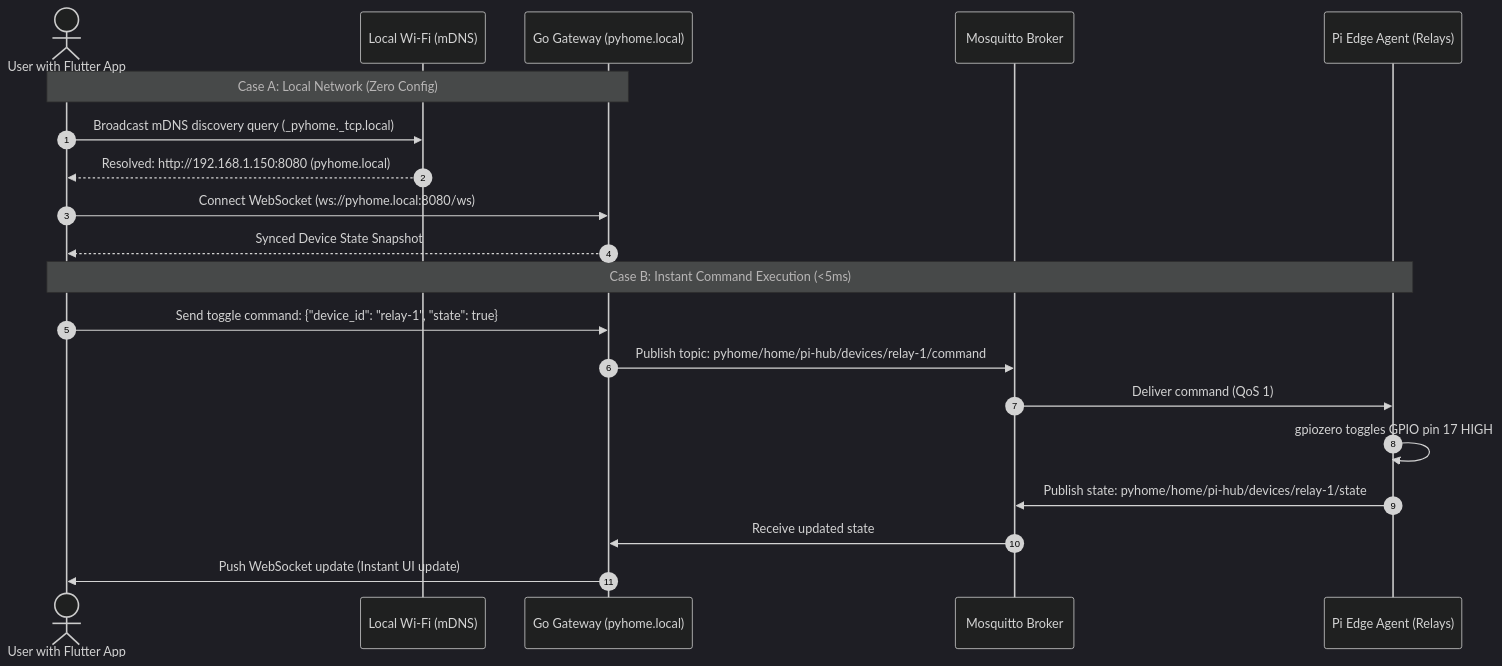
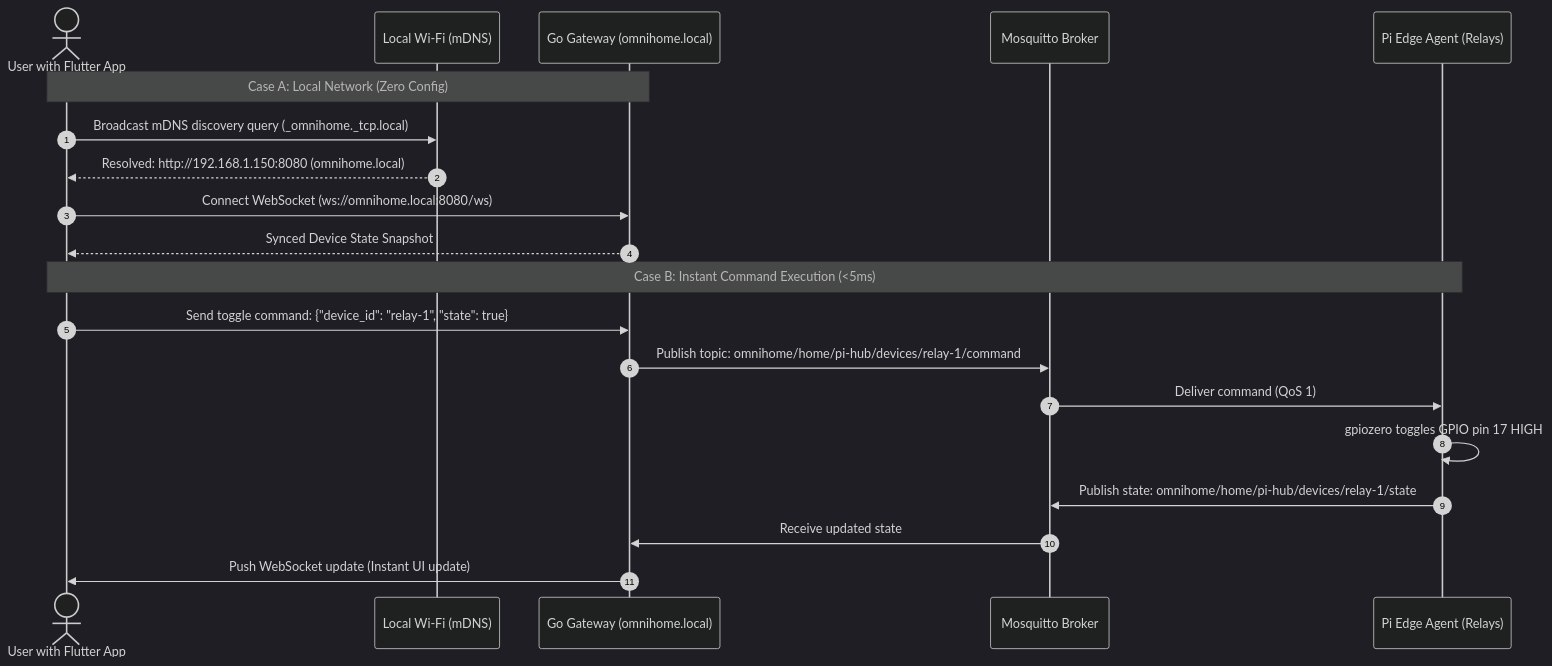
One commit to starfreck/Py-Home-Automation changed the second of 3 diagrams in README.md. Above: the diagram before and after it, drawn with Mermaid (dark theme). The commit also changed other lines of this file and 9 other files, not shown here.

Commit message:
feat: rename project to OmniHome across UI, gateway, AI engine, and docs

````diff
--- a/README.md
+++ b/README.md
@@ -103,24 +103,24 @@
 ```mermaid
 sequenceDiagram
     autonumber
     actor User as User with Flutter App
     participant LAN as Local Wi-Fi (mDNS)
-    participant GW as Go Gateway (pyhome.local)
+    participant GW as Go Gateway (omnihome.local)
     participant MQTT as Mosquitto Broker
     participant Edge as Pi Edge Agent (Relays)
 
     Note over User, GW: Case A: Local Network (Zero Config)
-    User->>LAN: Broadcast mDNS discovery query (_pyhome._tcp.local)
-    LAN-->>User: Resolved: http://192.168.1.150:8080 (pyhome.local)
-    User->>GW: Connect WebSocket (ws://pyhome.local:8080/ws)
+    User->>LAN: Broadcast mDNS discovery query (_omnihome._tcp.local)
+    LAN-->>User: Resolved: http://192.168.1.150:8080 (omnihome.local)
+    User->>GW: Connect WebSocket (ws://omnihome.local:8080/ws)
     GW-->>User: Synced Device State Snapshot
 
     Note over User, Edge: Case B: Instant Command Execution (<5ms)
     User->>GW: Send toggle command: {"device_id": "relay-1", "state": true}
-    GW->>MQTT: Publish topic: pyhome/home/pi-hub/devices/relay-1/command
+    GW->>MQTT: Publish topic: omnihome/home/pi-hub/devices/relay-1/command
     MQTT->>Edge: Deliver command (QoS 1)
     Edge->>Edge: gpiozero toggles GPIO pin 17 HIGH
-    Edge->>MQTT: Publish state: pyhome/home/pi-hub/devices/relay-1/state
+    Edge->>MQTT: Publish state: omnihome/home/pi-hub/devices/relay-1/state
     MQTT->>GW: Receive updated state
     GW->>User: Push WebSocket update (Instant UI update)
 ```
````
